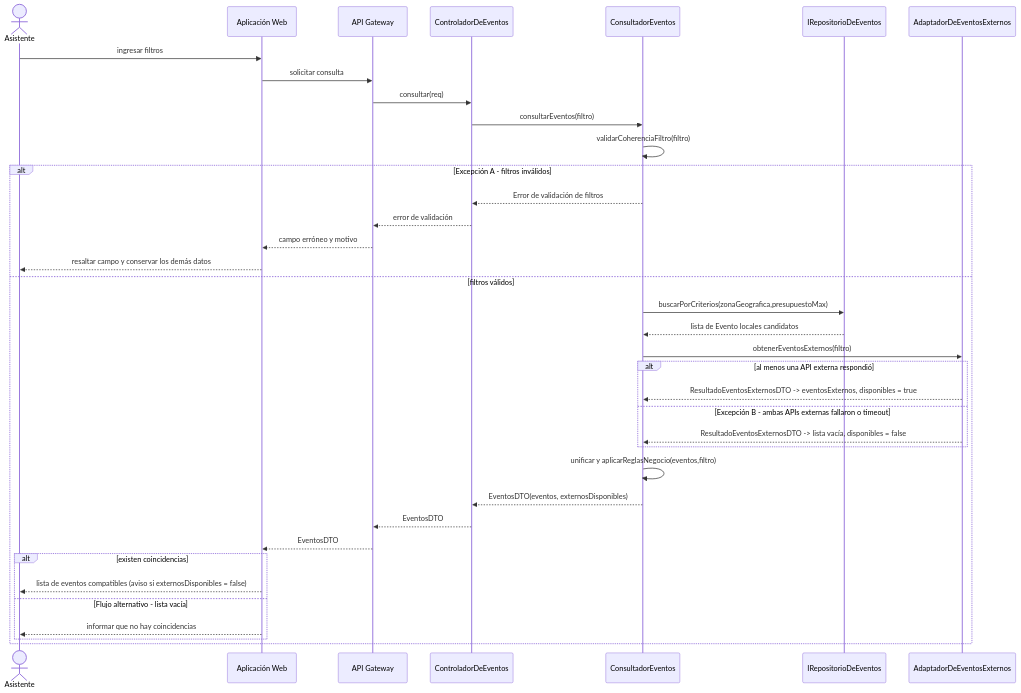
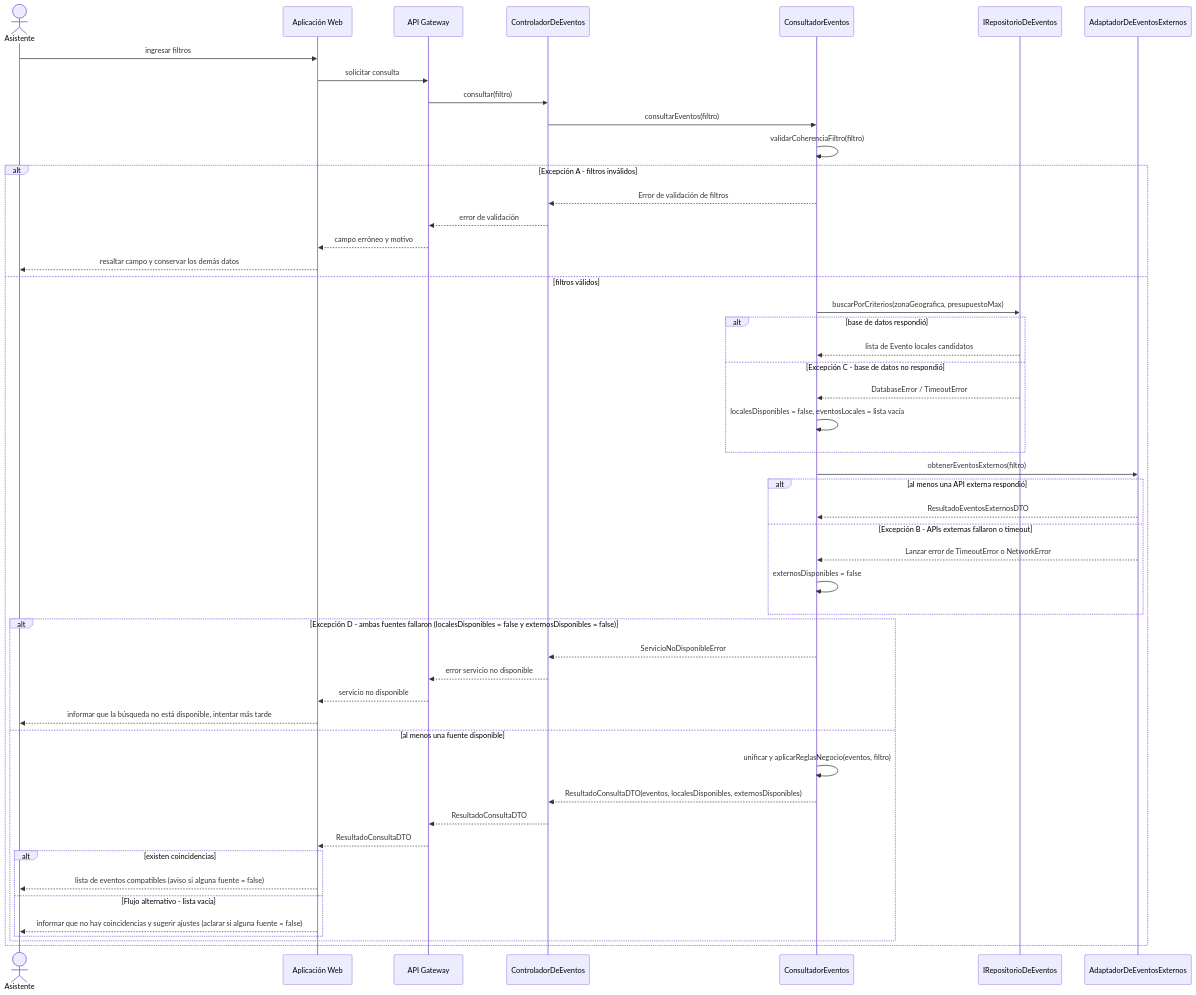
Before and after one commit to ProyectPlanning/Sistema_de_eventos: the first of 3 diagrams in Docs/Design/Diseño de Datos e Interacción 02.md, drawn with Mermaid.

Commit message:
Cambiando el diagrama de secuencia para incluir la excepcion de cuando nuestra base de datos no responde
Refactor interaction flow for event filtering and error handling.

````diff
--- a/Docs/Design/Diseño de Datos e Interacción 02.md
+++ b/Docs/Design/Diseño de Datos e Interacción 02.md
@@ -24,50 +24,59 @@
 ```mermaid
 sequenceDiagram
     actor U as Asistente
     participant WEB as Aplicación Web
     participant GW as API Gateway
     participant CE as ControladorDeEventos
     participant CO as ConsultadorEventos
     participant REP as IRepositorioDeEventos
     participant EXT as AdaptadorDeEventosExternos
 
     U->>WEB: ingresar filtros
-    WEB->>GW: solicitar consulta 
-    GW->>CE: consultar(req)
+    WEB->>GW: solicitar consulta
+    GW->>CE: consultar(filtro)
     CE->>CO: consultarEventos(filtro)
     CO->>CO: validarCoherenciaFiltro(filtro)
 
     alt Excepción A - filtros inválidos
         CO-->>CE: Error de validación de filtros
         CE-->>GW: error de validación
         GW-->>WEB: campo erróneo y motivo
         WEB-->>U: resaltar campo y conservar los demás datos
     else filtros válidos
-        CO->>REP: buscarPorCriterios(zonaGeografica,presupuestoMax)
-        REP-->>CO: lista de Evento locales candidatos
+        CO->>REP: buscarPorCriterios(zonaGeografica, presupuestoMax)
+
+        alt base de datos respondió
+            REP-->>CO: lista de Evento locales candidatos
+        else Excepción C - base de datos no respondió
+            REP-->>CO: DatabaseError / TimeoutError
+            CO->>CO: localesDisponibles = false, eventosLocales = lista vacía
+        end
+
         CO->>EXT: obtenerEventosExternos(filtro)
 
-
-
-
         alt al menos una API externa respondió
-            EXT-->>CO: ResultadoEventosExternosDTO -> eventosExternos, disponibles = true
-        else Excepción B - ambas APIs externas fallaron o timeout
-            EXT-->>CO: ResultadoEventosExternosDTO -> lista vacía, disponibles = false
+            EXT-->>CO: ResultadoEventosExternosDTO 
+        else Excepción B - APIs externas fallaron o timeout
+            EXT-->>CO: Lanzar error de TimeoutError o NetworkError
+            CO->>CO: externosDisponibles = false
         end
 
-        
+        alt Excepción D - ambas fuentes fallaron (localesDisponibles = false y externosDisponibles = false)
+            CO-->>CE: ServicioNoDisponibleError
+            CE-->>GW: error servicio no disponible 
+            GW-->>WEB: servicio no disponible
+            WEB-->>U: informar que la búsqueda no está disponible, intentar más tarde
+        else al menos una fuente disponible
+            CO->>CO: unificar y aplicarReglasNegocio(eventos, filtro)
+            CO-->>CE: ResultadoConsultaDTO(eventos, localesDisponibles, externosDisponibles)
+            CE-->>GW: ResultadoConsultaDTO
+            GW-->>WEB: ResultadoConsultaDTO
 
-
-
-        CO->>CO: unificar y aplicarReglasNegocio(eventos,filtro)
-        CO-->>CE: EventosDTO(eventos, externosDisponibles)
-        CE-->>GW: EventosDTO
-        GW-->>WEB: EventosDTO
-        alt existen coincidencias
-            WEB-->>U: lista de eventos compatibles (aviso si externosDisponibles = false)
-        else Flujo alternativo - lista vacía
-            WEB-->>U: informar que no hay coincidencias
+            alt existen coincidencias
+                WEB-->>U: lista de eventos compatibles (aviso si alguna fuente = false)
+            else Flujo alternativo - lista vacía
+                WEB-->>U: informar que no hay coincidencias y sugerir ajustes (aclarar si alguna fuente = false)
+            end
         end
     end
 ```
````
